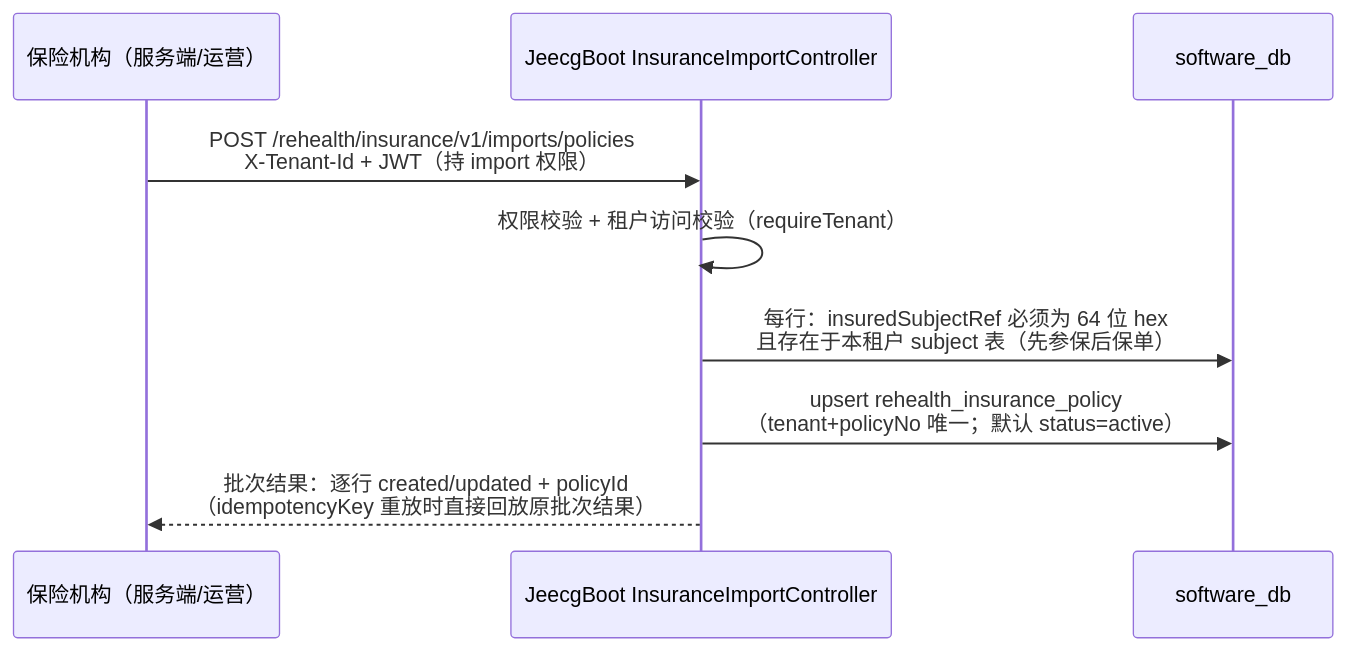
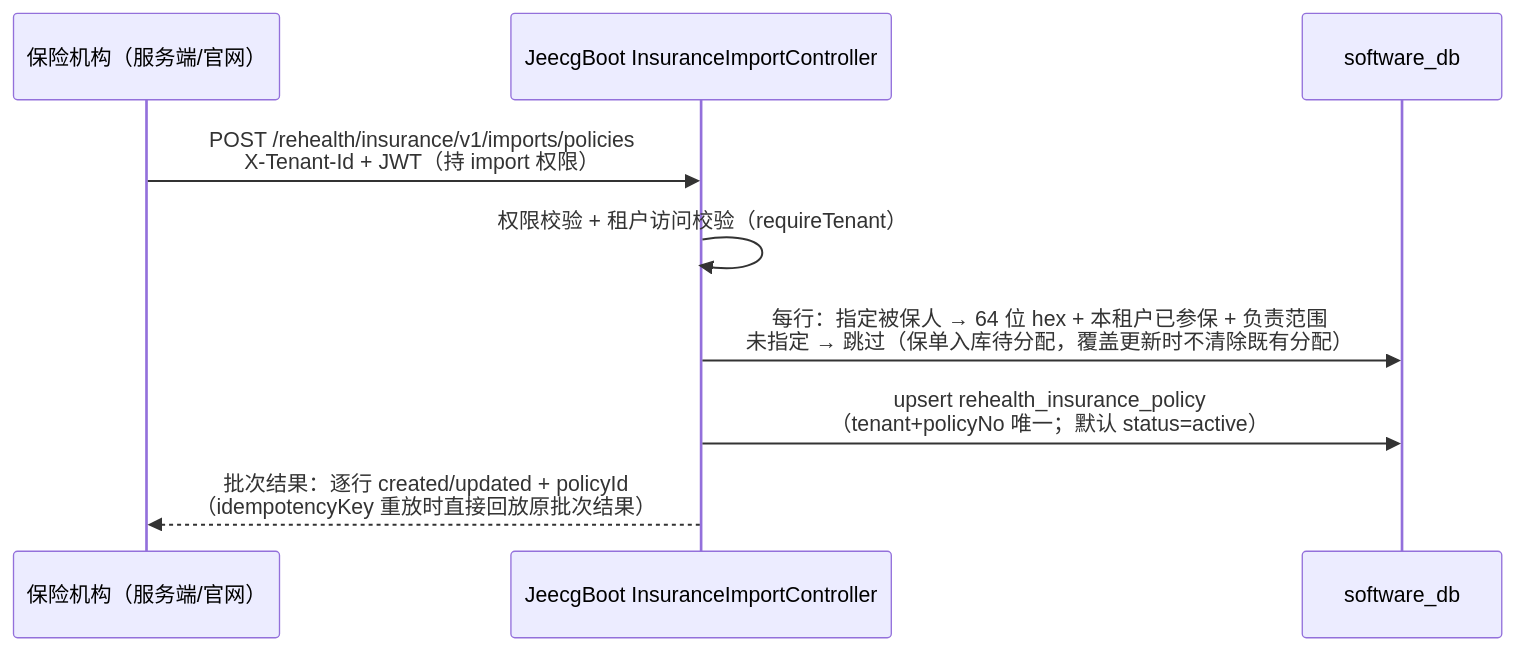
Before and after one commit to wjmlong/rehealth_tongbu: the fifth of 8 diagrams in docs/保险侧保单创建与派发流程.md, drawn with Mermaid. The commit also changed other lines of this file and 11 other files, not shown here.

````diff
--- a/docs/保险侧保单创建与派发流程.md
+++ b/docs/保险侧保单创建与派发流程.md
@@ -124,11 +144,11 @@
 ```mermaid
 sequenceDiagram
-    participant OP as 保险机构（服务端/运营）
+    participant OP as 保险机构（服务端/官网）
     participant JEE as JeecgBoot InsuranceImportController
     participant DB as software_db
     OP->>JEE: POST /rehealth/insurance/v1/imports/policies<br>X-Tenant-Id + JWT（持 import 权限）
     JEE->>JEE: 权限校验 + 租户访问校验（requireTenant）
-    JEE->>DB: 每行：insuredSubjectRef 必须为 64 位 hex<br>且存在于本租户 subject 表（先参保后保单）
+    JEE->>DB: 每行：指定被保人 → 64 位 hex + 本租户已参保 + 负责范围<br>未指定 → 跳过（保单入库待分配，覆盖更新时不清除既有分配）
     JEE->>DB: upsert rehealth_insurance_policy<br>（tenant+policyNo 唯一；默认 status=active）
     JEE-->>OP: 批次结果：逐行 created/updated + policyId<br>（idempotencyKey 重放时直接回放原批次结果）
 ```
````
